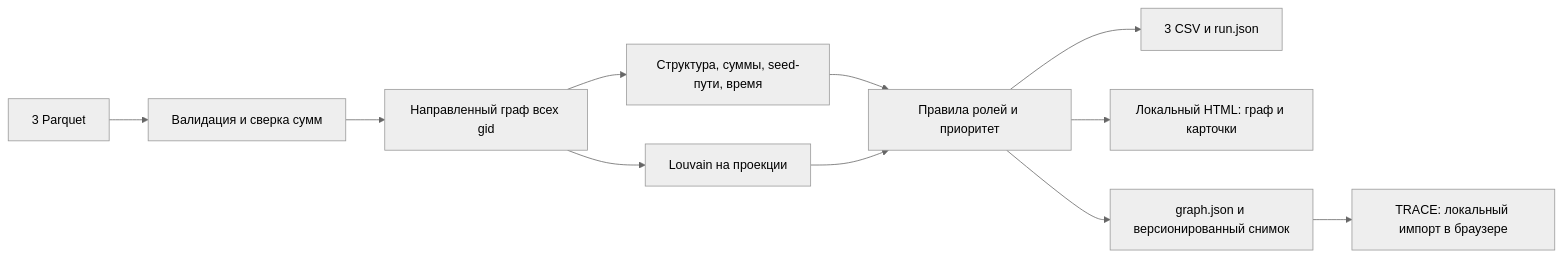
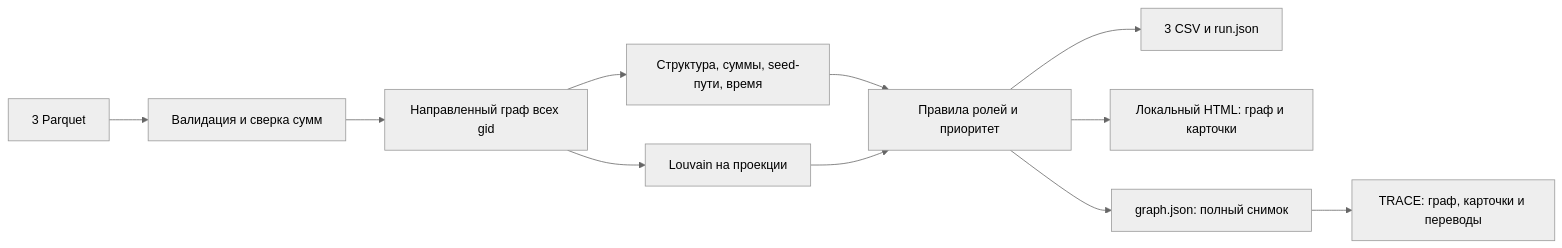
The diagram in README.md (BAITC-Hacks/hack-7a019b2e-llm-solo), drawn with Mermaid (neutral theme) before and after one commit. The commit also changed other lines of this file and 13 other files, not shown here.

````diff
--- a/README.md
+++ b/README.md
@@ -109,13 +108,13 @@
 ```mermaid
 flowchart LR
     A[3 Parquet] --> B[Валидация и сверка сумм]
     B --> C[Направленный граф всех gid]
     C --> D[Структура, суммы, seed-пути, время]
     C --> E[Louvain на проекции]
     D --> F[Правила ролей и приоритет]
     E --> F
     F --> G[3 CSV и run.json]
     F --> H[Локальный HTML: граф и карточки]
-    F --> I[graph.json и версионированный снимок]
-    I --> J[TRACE: локальный импорт в браузере]
+    F --> I[graph.json: полный снимок]
+    I --> J[TRACE: граф, карточки и переводы]
 ```
````
